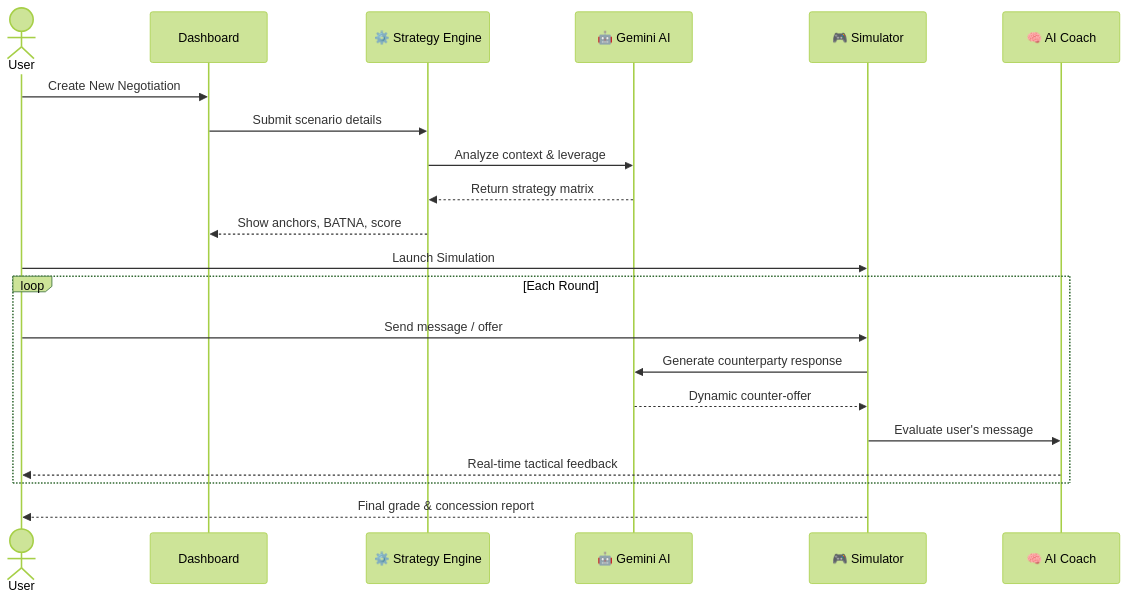
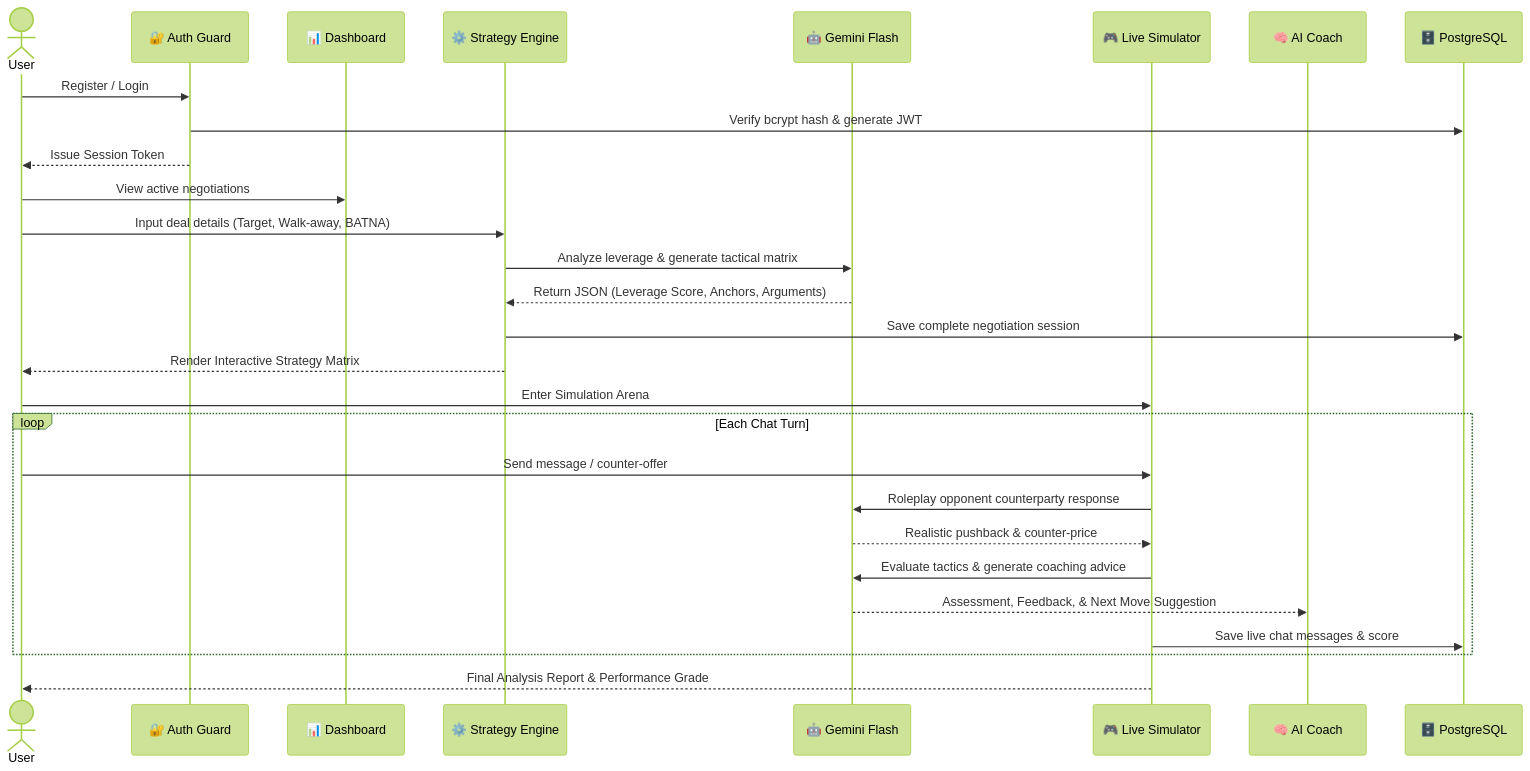
The second of 2 diagrams in README.md (Aryan-Lade/DealMind), drawn with Mermaid (forest theme) before and after one commit. The commit also changed other lines of this file and 1 other file, not shown here.

Commit message:
docs: update README with live Vercel deployment link, system architecture, and project metadata

````diff
--- a/README.md
+++ b/README.md
@@ -116,26 +123,34 @@
 ```mermaid
 sequenceDiagram
     actor User
-    participant Dashboard
+    participant Auth as 🔐 Auth Guard
+    participant Dashboard as 📊 Dashboard
     participant StrategyEngine as ⚙️ Strategy Engine
-    participant GeminiAI as 🤖 Gemini AI
-    participant Simulator as 🎮 Simulator
+    participant GeminiAI as 🤖 Gemini Flash
+    participant Simulator as 🎮 Live Simulator
     participant Coach as 🧠 AI Coach
+    participant DB as 🗄️ PostgreSQL
 
-    User->>Dashboard: Create New Negotiation
-    Dashboard->>StrategyEngine: Submit scenario details
-    StrategyEngine->>GeminiAI: Analyze context & leverage
-    GeminiAI-->>StrategyEngine: Return strategy matrix
-    StrategyEngine-->>Dashboard: Show anchors, BATNA, score
+    User->>Auth: Register / Login
+    Auth->>DB: Verify bcrypt hash & generate JWT
+    Auth-->>User: Issue Session Token
 
-    User->>Simulator: Launch Simulation
-    loop Each Round
-        User->>Simulator: Send message / offer
-        Simulator->>GeminiAI: Generate counterparty response
-        GeminiAI-->>Simulator: Dynamic counter-offer
-        Simulator->>Coach: Evaluate user's message
-        Coach-->>User: Real-time tactical feedback
+    User->>Dashboard: View active negotiations
+    User->>StrategyEngine: Input deal details (Target, Walk-away, BATNA)
+    StrategyEngine->>GeminiAI: Analyze leverage & generate tactical matrix
+    GeminiAI-->>StrategyEngine: Return JSON (Leverage Score, Anchors, Arguments)
+    StrategyEngine->>DB: Save complete negotiation session
+    StrategyEngine-->>User: Render Interactive Strategy Matrix
+
+    User->>Simulator: Enter Simulation Arena
+    loop Each Chat Turn
+        User->>Simulator: Send message / counter-offer
+        Simulator->>GeminiAI: Roleplay opponent counterparty response
+        GeminiAI-->>Simulator: Realistic pushback & counter-price
+        Simulator->>GeminiAI: Evaluate tactics & generate coaching advice
+        GeminiAI-->>Coach: Assessment, Feedback, & Next Move Suggestion
+        Simulator->>DB: Save live chat messages & score
     end
 
-    Simulator-->>User: Final grade & concession report
+    Simulator-->>User: Final Analysis Report & Performance Grade
 ```
````
